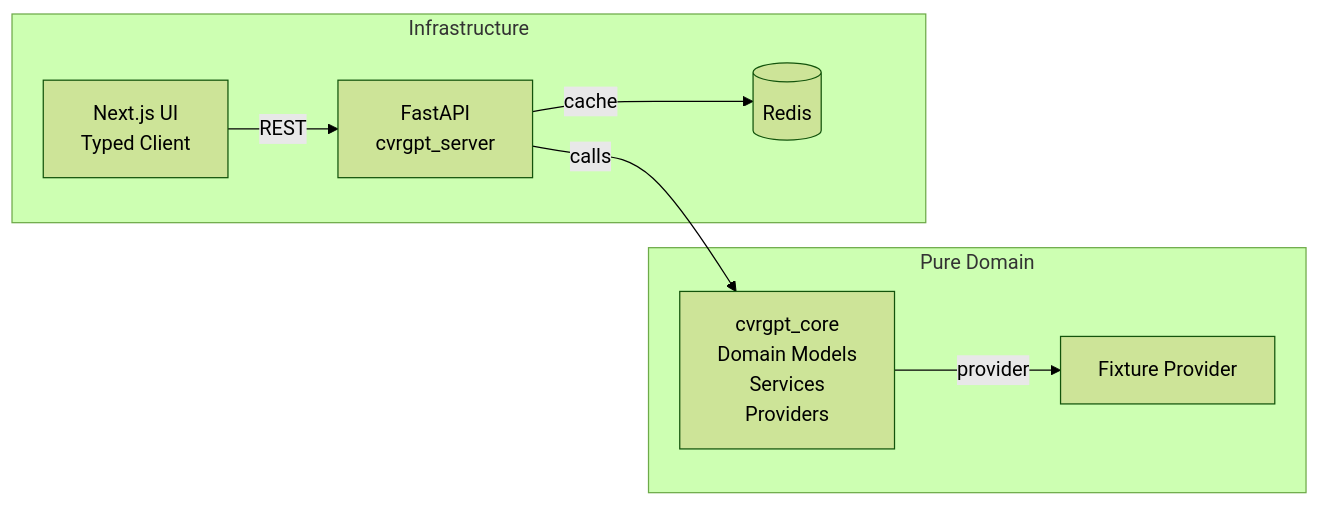
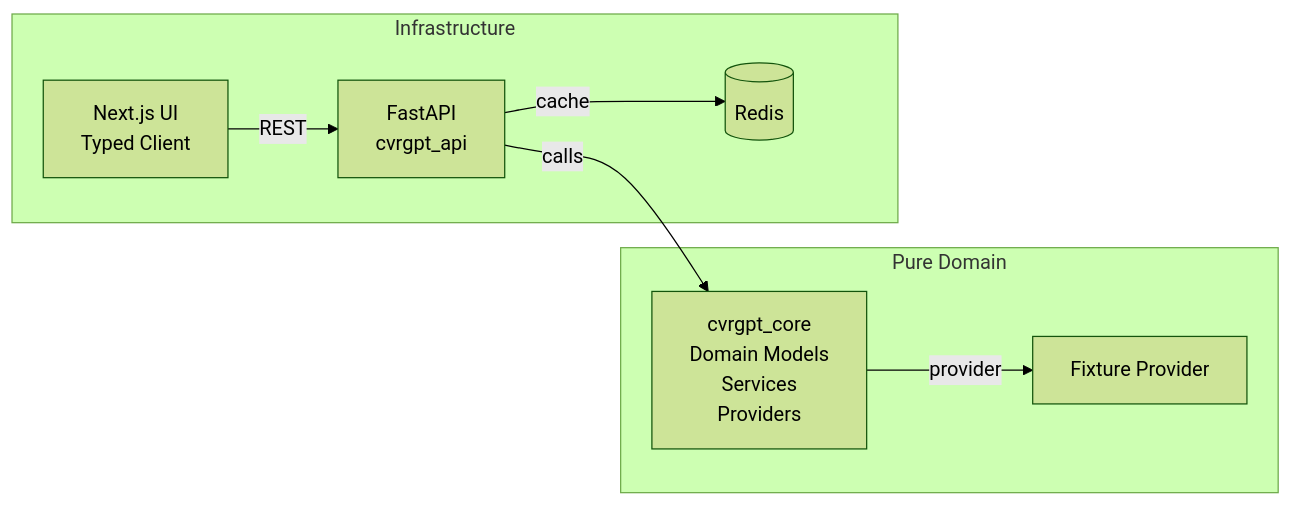
Before and after one commit to asgerof/cvrgpt_v2: the diagram in README.md, drawn with Mermaid (forest theme). The commit also changed other lines of this file and 43 other files, not shown here.

Commit message:
chore: standardize backend package to cvrgpt_api

````diff
--- a/README.md
+++ b/README.md
@@ -61,18 +61,18 @@
 ```mermaid
 flowchart LR
-  UI[Next.js UI<br/>Typed Client] -- REST --> API[FastAPI<br/>cvrgpt_server]
+  UI[Next.js UI<br/>Typed Client] -- REST --> API[FastAPI<br/>cvrgpt_api]
   API -- calls --> CORE[cvrgpt_core<br/>Domain Models<br/>Services<br/>Providers]
   API -- cache --> Redis[(Redis)]
   CORE -- provider --> Fixture[Fixture Provider]
 
   subgraph "Pure Domain"
     CORE
     Fixture
   end
 
   subgraph "Infrastructure"
     API
     Redis
     UI
   end
 ```
````
